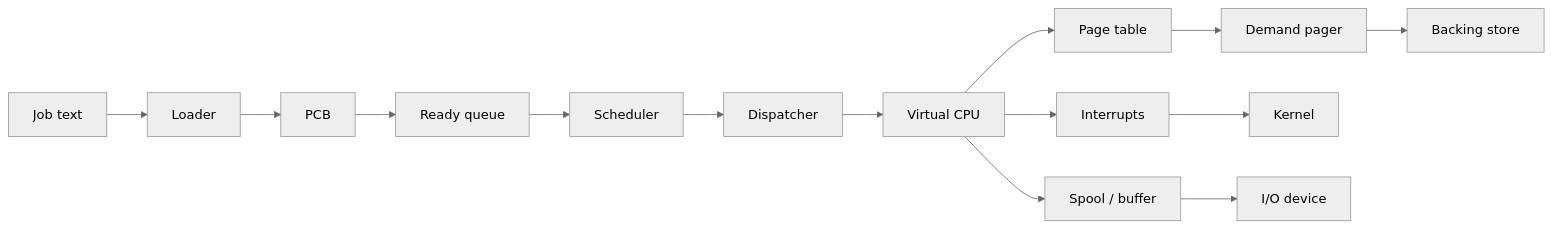
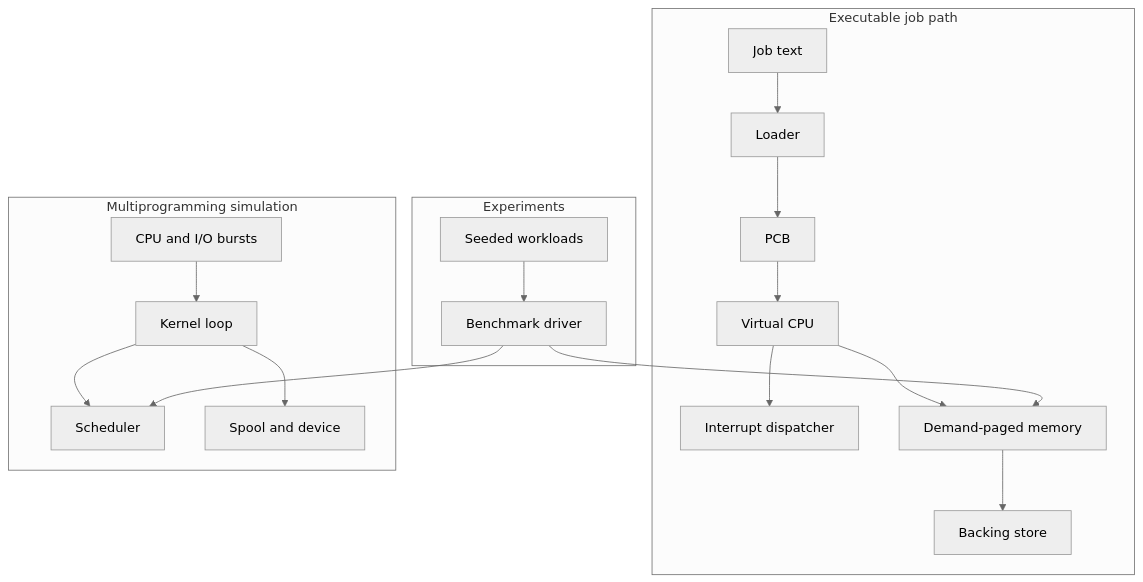
Before and after one commit to shubhamshah14102/multiprogramming-operating-system-simulator: the first of 2 diagrams in README.md, drawn with Mermaid (neutral theme). The commit also changed other lines of this file and 4 other files, not shown here.

````diff
--- a/README.md
+++ b/README.md
@@ -45,16 +45,21 @@
 ```mermaid
-flowchart LR
-  job[Job text] --> loader[Loader]
-  loader --> pcb[PCB]
-  pcb --> ready[Ready queue]
-  ready --> sched[Scheduler]
-  sched --> disp[Dispatcher]
-  disp --> cpu[Virtual CPU]
-  cpu --> mmu[Page table]
-  mmu --> pager[Demand pager]
-  pager --> swap[Backing store]
-  cpu --> irq[Interrupts]
-  irq --> kernel[Kernel]
-  cpu --> spool[Spool / buffer]
-  spool --> dev[I/O device]
+flowchart TD
+  subgraph jobPath [Executable job path]
+    job[Job text] --> loader[Loader]
+    loader --> pcb[PCB]
+    pcb --> cpu[Virtual CPU]
+    cpu --> irq[Interrupt dispatcher]
+    cpu --> pager[Demand-paged memory]
+    pager --> backing[Backing store]
+  end
+  subgraph kernelPath [Multiprogramming simulation]
+    bursts[CPU and I/O bursts] --> kernel[Kernel loop]
+    kernel --> sched[Scheduler]
+    kernel --> spool[Spool and device]
+  end
+  subgraph experimentPath [Experiments]
+    workload[Seeded workloads] --> bench[Benchmark driver]
+    bench --> sched
+    bench --> pager
+  end
 ```
````
